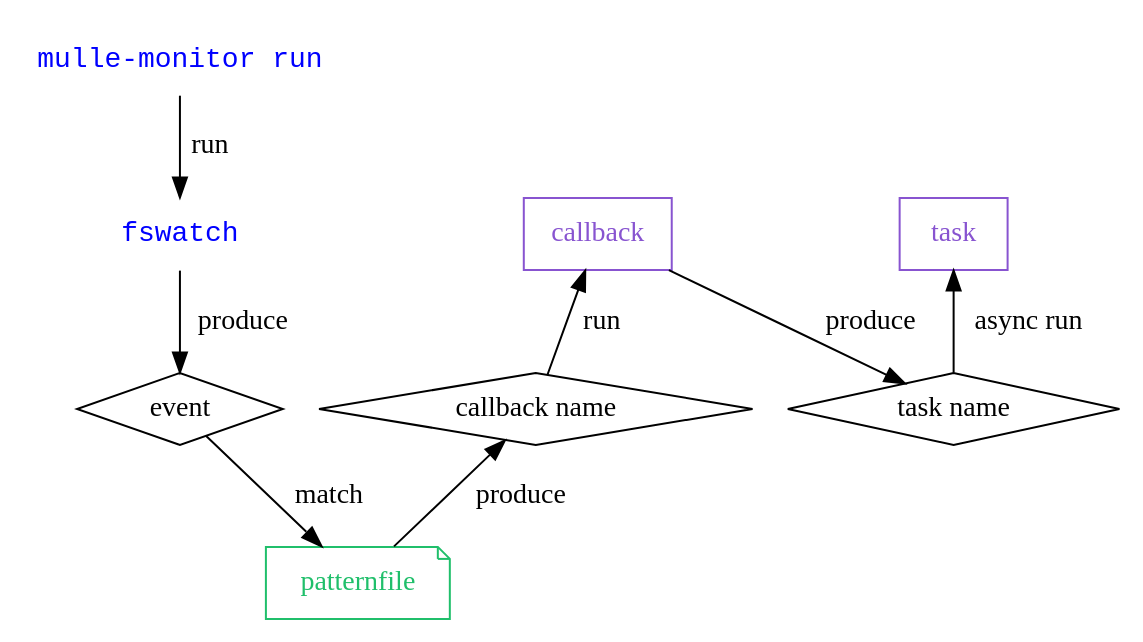
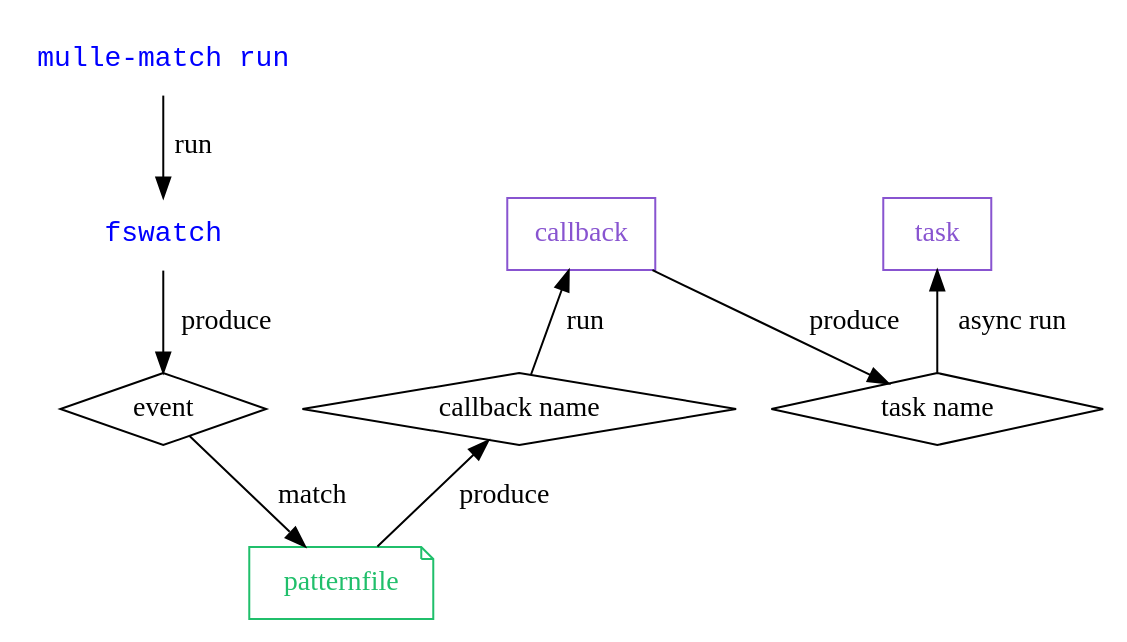
One commit to mulle-sde/mulle-match changed the diagram in dox/mulle-monitor-run.dot. Above: the diagram before and after it, drawn with Graphviz. The commit also changed 51 other files, not shown here.

Commit message:
* split off from mulle-monitor

```diff
--- a/dox/mulle-monitor-run.dot
+++ b/dox/mulle-monitor-run.dot
@@ -1,26 +1,26 @@
 digraph G {
     graph [rankdir = TD];
 
-    { rank="same"; "mulle-monitor run" }
+    { rank="same"; "mulle-match run" }
     { rank="same"; "event", "task name", "callback name" }
     { rank="same"; "fswatch", "callback", "task" }
     { rank="same"; "patternfile" }
 
-    "mulle-monitor run"   [ shape="none", fontcolor="blue", fontname="monospace"]
+    "mulle-match run"   [ shape="none", fontcolor="blue", fontname="monospace"]
     "fswatch"     [ shape="none", fontcolor="blue", fontname="monospace"]
 
-    "mulle-monitor run" -> "fswatch"     [ label=" run" ]
+    "mulle-match run" -> "fswatch"     [ label=" run" ]
     "fswatch"   -> event                 [ label=" produce" ]
     event -> "patternfile"               [ label=" match" ]
     "callback name" -> "callback"        [ label=" run" ]
     "task name"  -> "task"               [ label=" async run" ]
     patternfile -> "callback name"       [ label=" produce"]
     callback -> "task name"              [ label=" produce" ]
 
     event [ shape="diamond"]
     "callback name" [ shape="diamond"]
     "task name" [ shape="diamond"]
     patternfile [ shape="note", color="#20bf6b", fontcolor="#20bf6b" ]
     callback [ shape="record", color="#8854d0", fontcolor="#8854d0" ]
     task [ shape="record", color="#8854d0", fontcolor="#8854d0"]
 }
```
